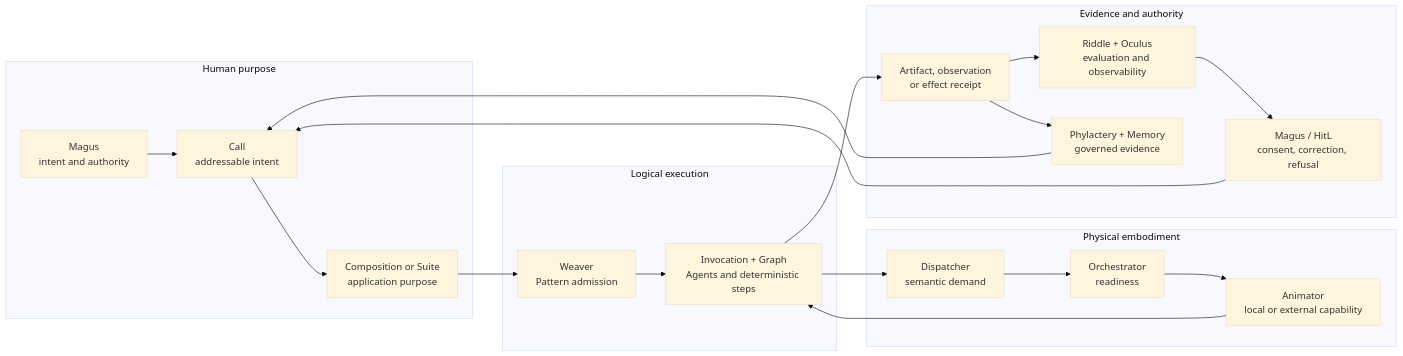
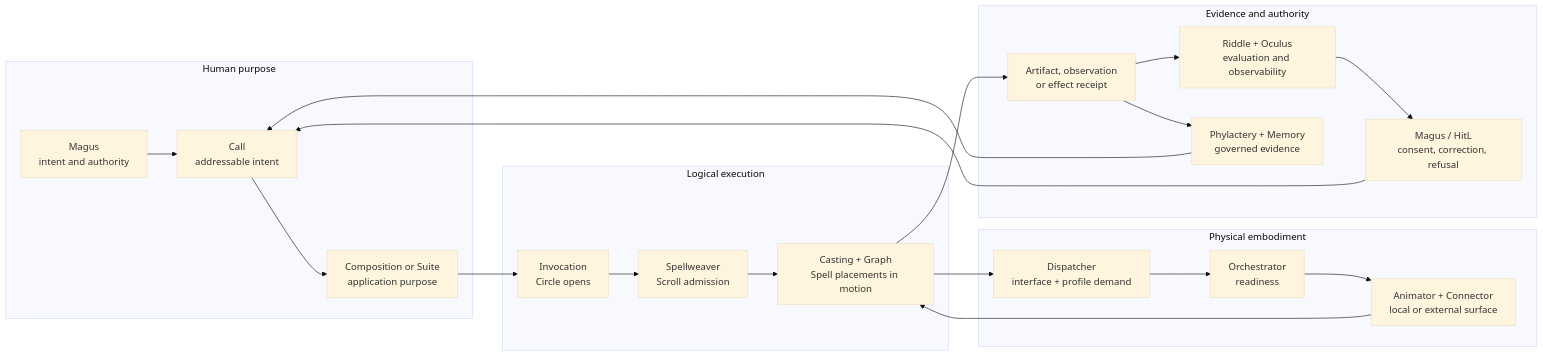
The diagram in docs/map.md (hexanomicon/lychd), drawn with Mermaid (base theme) before and after one commit. The commit also changed other lines of this file and 127 other files, not shown here.

Commit message:
feat: define composition capability architecture

````diff
--- a/docs/map.md
+++ b/docs/map.md
@@ -15,25 +15,26 @@
 ```mermaid
 flowchart LR
     subgraph U["Human purpose"]
         M["Magus<br/>intent and authority"] --> C["Call<br/>addressable intent"]
         C --> A["Composition or Suite<br/>application purpose"]
     end
     subgraph L["Logical execution"]
-        A --> W["Weaver<br/>Pattern admission"]
-        W --> G["Invocation + Graph<br/>Agents and deterministic steps"]
+        A --> I["Invocation<br/>Circle opens"]
+        I --> W["Spellweaver<br/>Scroll admission"]
+        W --> G["Casting + Graph<br/>Spell placements in motion"]
     end
     subgraph P["Physical embodiment"]
-        G --> D["Dispatcher<br/>semantic demand"]
+        G --> D["Dispatcher<br/>interface + profile demand"]
         D --> O["Orchestrator<br/>readiness"]
-        O --> N["Animator<br/>local or external capability"]
+        O --> N["Animator + Connector<br/>local or external surface"]
         N --> G
     end
     subgraph E["Evidence and authority"]
         G --> R["Artifact, observation<br/>or effect receipt"]
         R --> V["Riddle + Oculus<br/>evaluation and observability"]
         V --> H["Magus / HitL<br/>consent, correction, refusal"]
         R --> K["Phylactery + Memory<br/>governed evidence"]
         H --> C
         K --> C
     end
 ```
````
